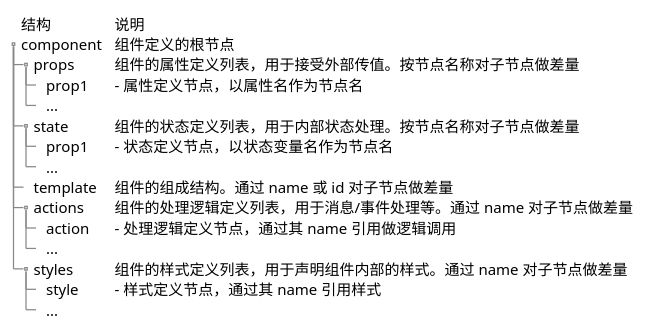
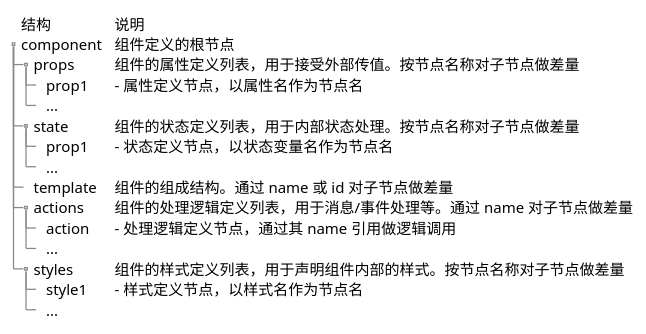
Before and after one commit to crazydan-studio/duzhou.crazydan.io: the second of 2 diagrams in docs/100.development/200.framework/500.server/400.ui/100.design.md, drawn with PlantUML. The commit also changed other lines of this file and 1 other file, not shown here.

````diff
--- a/docs/100.development/200.framework/500.server/400.ui/100.design.md
+++ b/docs/100.development/200.framework/500.server/400.ui/100.design.md
@@ -60,23 +60,23 @@
 ```plantuml
 @startsalt
 {
 {T
 +结构           | 说明
 + component    | 组件定义的根节点
 ++ props       | 组件的属性定义列表，用于接受外部传值。按节点名称对子节点做差量
 +++ prop1      | - 属性定义节点，以属性名作为节点名
 +++ ...
 ++ state       | 组件的状态定义列表，用于内部状态处理。按节点名称对子节点做差量
 +++ prop1      | - 状态定义节点，以状态变量名作为节点名
 +++ ...
 ++ template    | 组件的组成结构。通过 name 或 id 对子节点做差量
 ++ actions     | 组件的处理逻辑定义列表，用于消息/事件处理等。通过 name 对子节点做差量
 +++ action     | - 处理逻辑定义节点，通过其 name 引用做逻辑调用
 +++ ...
-++ styles      | 组件的样式定义列表，用于声明组件内部的样式。通过 name 对子节点做差量
-+++ style     | - 样式定义节点，通过其 name 引用样式
+++ styles      | 组件的样式定义列表，用于声明组件内部的样式。按节点名称对子节点做差量
++++ style1     | - 样式定义节点，以样式名作为节点名
 +++ ...
 }
 }
 @endsalt
 ```
````
